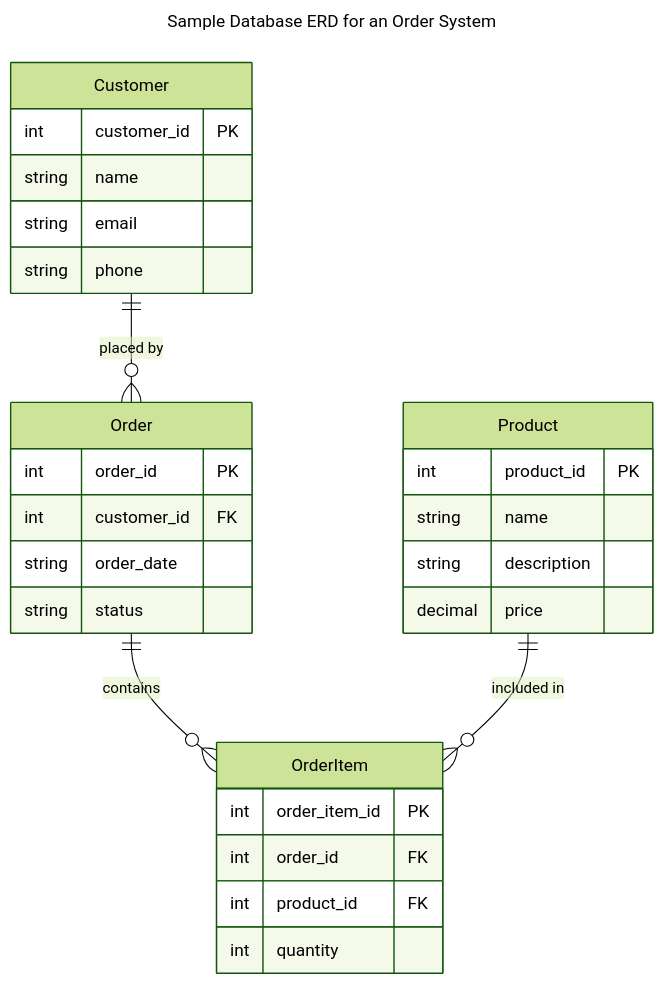
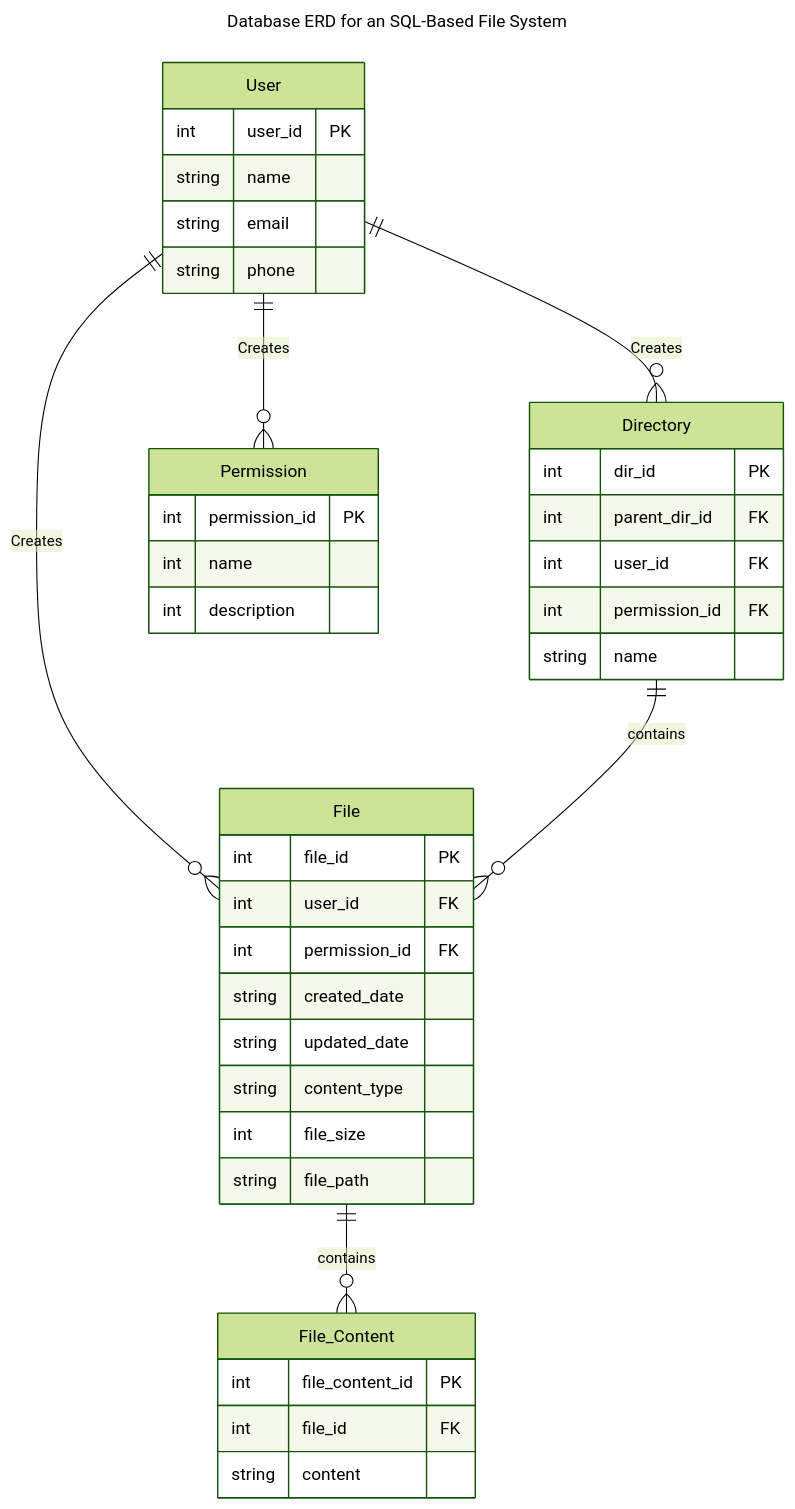
Before and after one commit to amdy87/MySQL-Filesystem: the second of 5 diagrams in README.md, drawn with Mermaid (forest theme).

Commit message:
Req and spec db ERD Diagram

````diff
--- a/README.md
+++ b/README.md
@@ -110,37 +110,50 @@
 ```mermaid
 ---
-title: Sample Database ERD for an Order System
+title: Database ERD for an SQL-Based File System
 ---
 erDiagram
-    Customer ||--o{ Order : "placed by"
-    Order ||--o{ OrderItem : "contains"
-    Product ||--o{ OrderItem : "included in"
+    User ||--o{ File : "Creates"
+    User ||--o{ Directory: "Creates"
+    User ||--o{ Permission: "Creates"
+    Directory ||--o{ File : "contains"
+    File ||--o{ File_Content : "contains"
 
-    Customer {
-        int customer_id PK
+    User {
+        int user_id PK
         string name
         string email
         string phone
     }
 
-    Order {
-        int order_id PK
-        int customer_id FK
-        string order_date
-        string status
+    Permission {
+        int permission_id PK
+        int name
+        int description
     }
 
-    Product {
-        int product_id PK
+    File {
+        int file_id PK
+        int user_id FK
+        int permission_id FK
+        string created_date
+        string updated_date
+        string content_type
+        int file_size
+        string file_path
+    }
+    
+    Directory {
+        int dir_id PK
+        int parent_dir_id FK
+        int user_id FK
+        int permission_id FK
         string name
-        string description
-        decimal price
     }
 
-    OrderItem {
-        int order_item_id PK
-        int order_id FK
-        int product_id FK
-        int quantity
+    File_Content {
+        int file_content_id PK
+        int file_id FK
+        string content
     }
+
 ```
````
